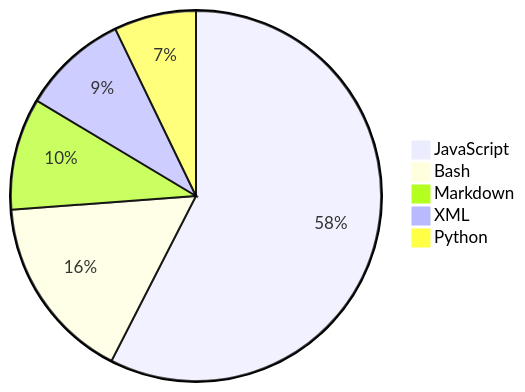
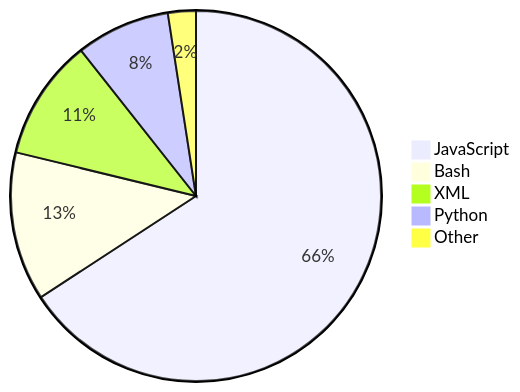
The diagram in README.md (Alicia111/alicia111), drawn with Mermaid before and after one commit.

Commit message:
Update WakaTime stats (・ω・)b

````diff
--- a/README.md
+++ b/README.md
@@ -32,8 +32,8 @@
 ```mermaid
 pie
-    "JavaScript" : 55.96
-    "Bash" : 15.83
-    "Markdown" : 9.51
-    "XML" : 8.99
-    "Python" : 6.97
+    "JavaScript" : 65.8
+    "Bash" : 12.99
+    "XML" : 10.57
+    "Python" : 8.2
+    "Other" : 2.44
 ```
````
